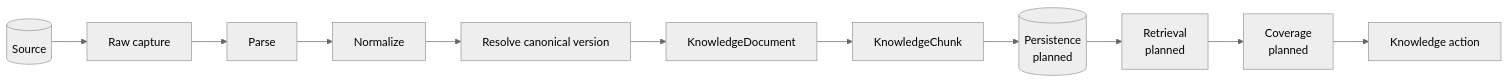
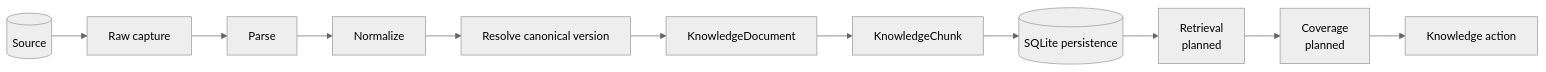
Before and after one commit to kumarchandansingh/tropos: the diagram in README.md, drawn with Mermaid (neutral theme). The commit also changed other lines of this file and 9 other files, not shown here.

````diff
--- a/README.md
+++ b/README.md
@@ -35,14 +36,14 @@
 ```mermaid
 flowchart LR
     S[(Source)]
     --> R[Raw capture]
     --> X[Parse]
     --> N[Normalize]
     --> V[Resolve canonical version]
     --> D[KnowledgeDocument]
     --> C[KnowledgeChunk]
-    --> P[(Persistence<br/>planned)]
+    --> P[(SQLite persistence)]
     --> Q[Retrieval<br/>planned]
     --> G[Coverage<br/>planned]
     --> A[Knowledge action]
 ```
````
